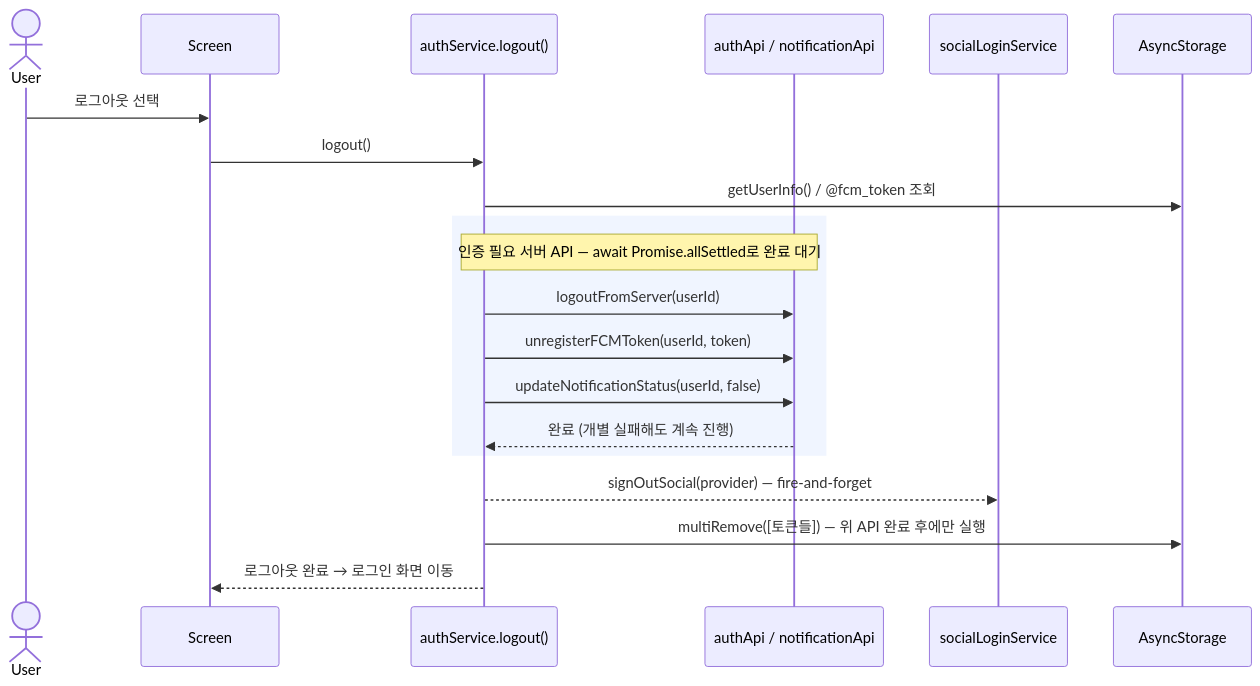
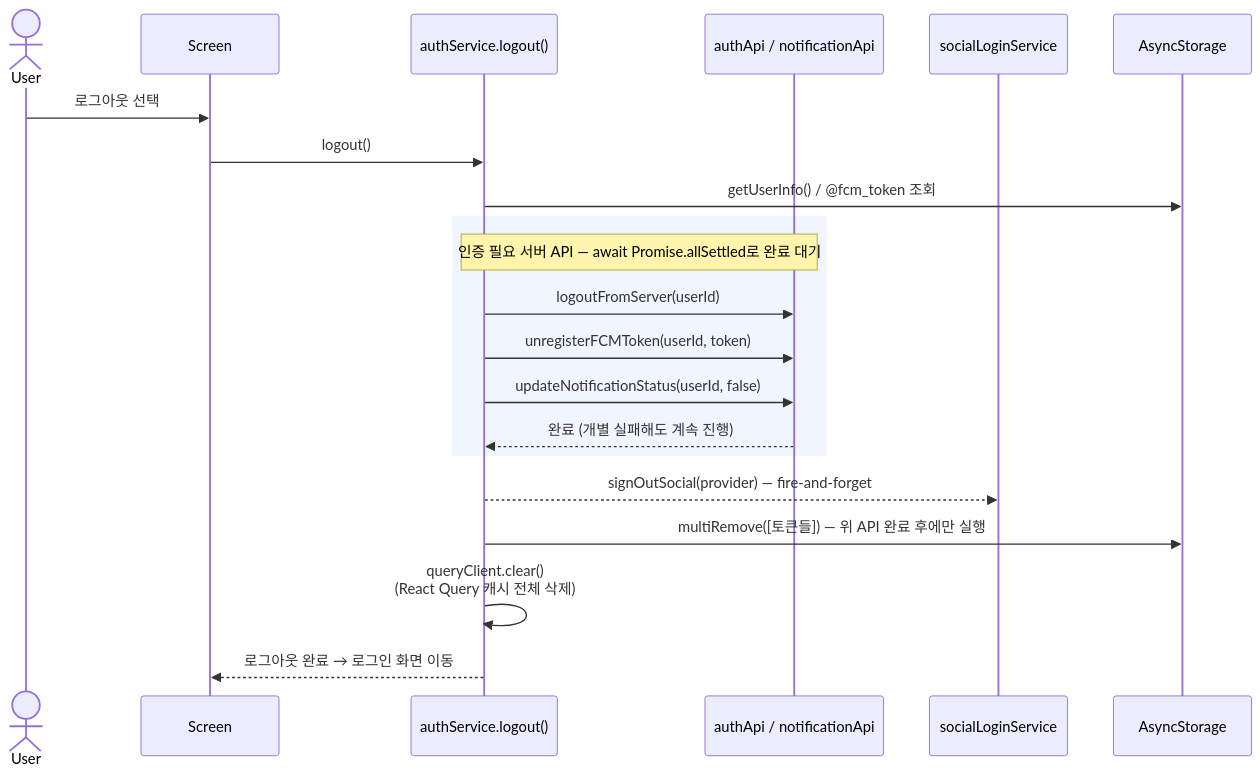
The third of 11 diagrams in docs/ARCHITECTURE.md (Gahyun-313/neurous-client), drawn with Mermaid before and after one commit. The commit also changed other lines of this file and 9 other files, not shown here.

````diff
--- a/docs/ARCHITECTURE.md
+++ b/docs/ARCHITECTURE.md
@@ -98,25 +98,26 @@
 ```mermaid
 sequenceDiagram
     actor User
     participant Screen
     participant AuthSvc as authService.logout()
     participant API as authApi / notificationApi
     participant Social as socialLoginService
     participant Storage as AsyncStorage
 
     User->>Screen: 로그아웃 선택
     Screen->>AuthSvc: logout()
     AuthSvc->>Storage: getUserInfo() / @fcm_token 조회
 
     rect rgb(240, 245, 255)
         Note over AuthSvc,API: 인증 필요 서버 API — await Promise.allSettled로 완료 대기
         AuthSvc->>API: logoutFromServer(userId)
         AuthSvc->>API: unregisterFCMToken(userId, token)
         AuthSvc->>API: updateNotificationStatus(userId, false)
         API-->>AuthSvc: 완료 (개별 실패해도 계속 진행)
     end
 
     AuthSvc-->>Social: signOutSocial(provider) — fire-and-forget
     AuthSvc->>Storage: multiRemove([토큰들]) — 위 API 완료 후에만 실행
+    AuthSvc->>AuthSvc: queryClient.clear()<br/>(React Query 캐시 전체 삭제)
     AuthSvc-->>Screen: 로그아웃 완료 → 로그인 화면 이동
 ```
````
